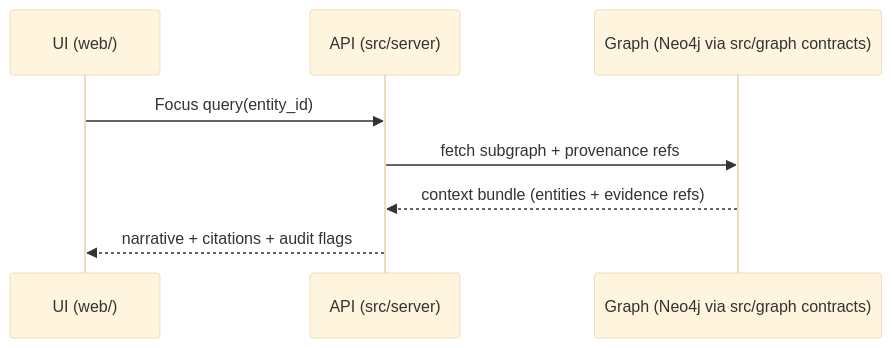
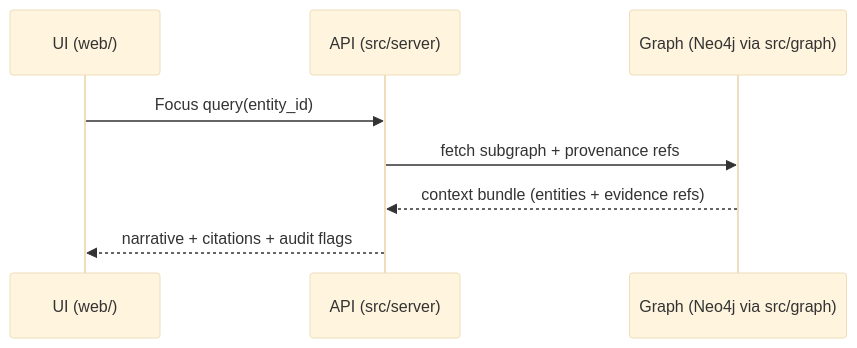
Before and after one commit to bartytime4life/Kansas-Frontier-Matrix: the second of 2 diagrams in .github/repro-kit/README.md, drawn with Mermaid (base theme). The commit also changed other lines of this file, not shown here.

```diff
--- a/.github/repro-kit/README.md
+++ b/.github/repro-kit/README.md
@@ -182,10 +239,10 @@
 ~~~mermaid
 sequenceDiagram
   participant UI as UI (web/)
   participant API as API (src/server)
-  participant Graph as Graph (Neo4j via src/graph contracts)
+  participant Graph as Graph (Neo4j via src/graph)
   UI->>API: Focus query(entity_id)
   API->>Graph: fetch subgraph + provenance refs
   Graph-->>API: context bundle (entities + evidence refs)
   API-->>UI: narrative + citations + audit flags
 ~~~
```
